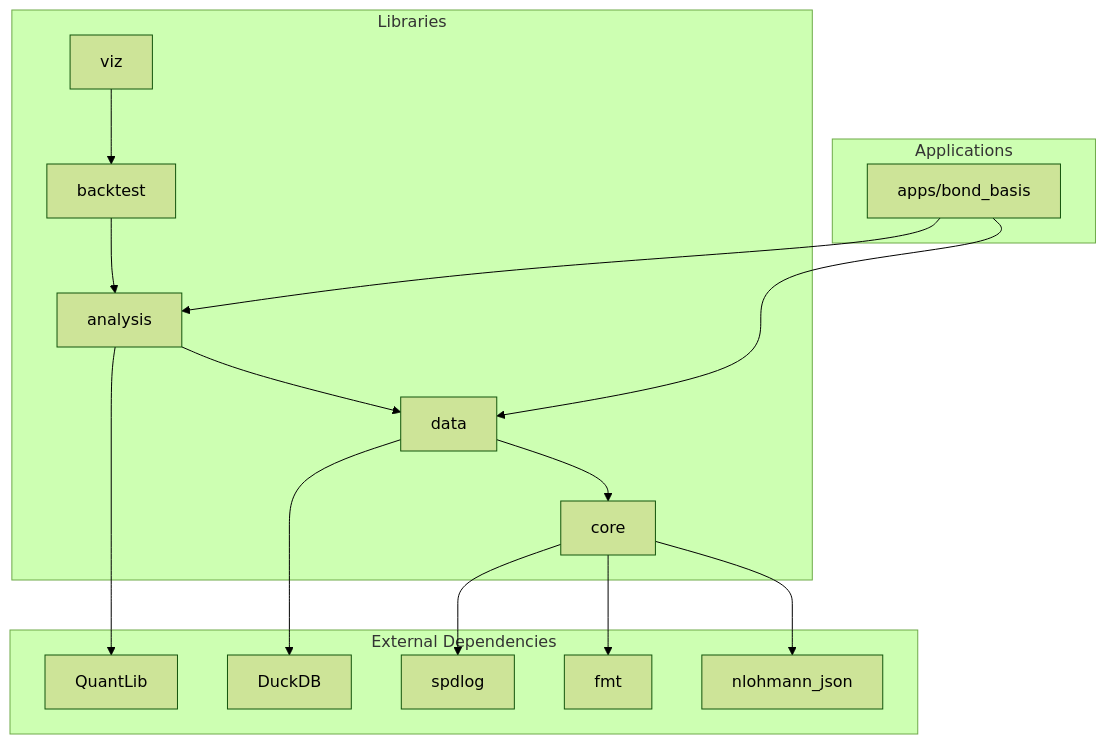
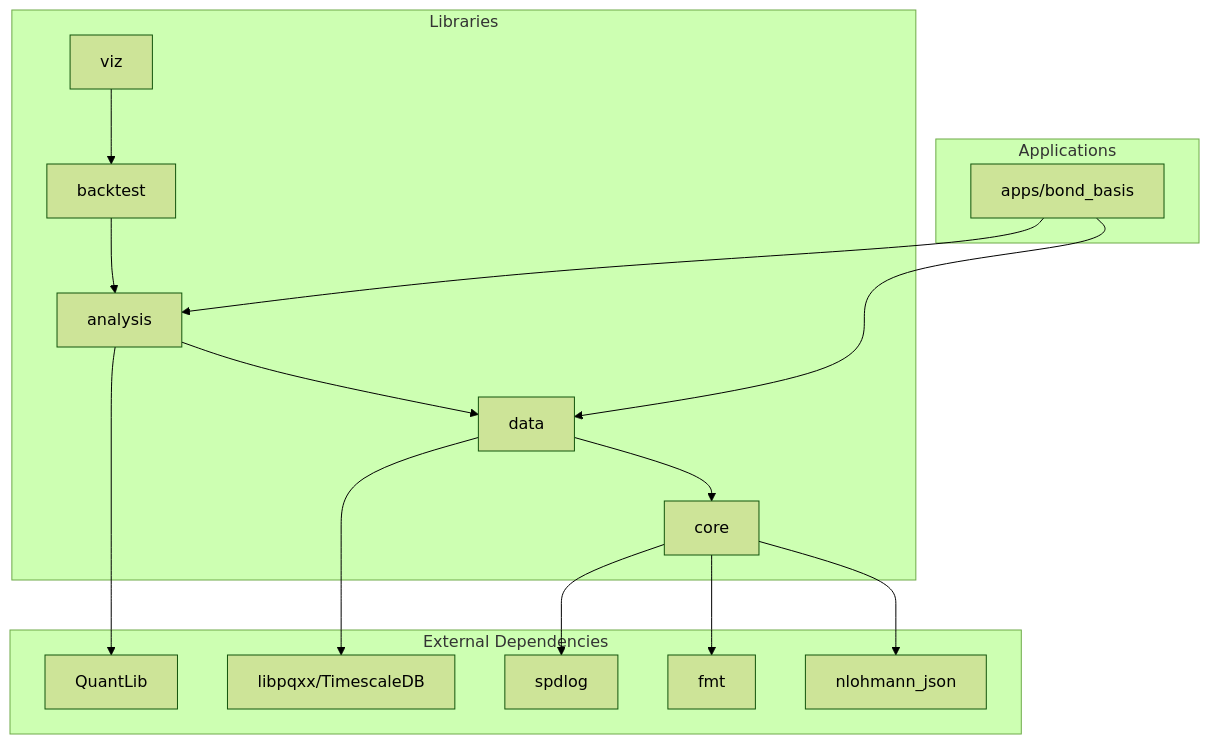
One commit to jlipworth/fin-kit changed the first of 4 diagrams in docs/diagrams/module-overview.md. Above: the diagram before and after it, drawn with Mermaid (forest theme). The commit also changed other lines of this file and 10 other files, not shown here.

Commit message:
docs: update all references from DuckDB to TimescaleDB/libpqxx

````diff
--- a/docs/diagrams/module-overview.md
+++ b/docs/diagrams/module-overview.md
@@ -5,36 +5,36 @@
 ```mermaid
 graph TD
     subgraph "Applications"
         A[apps/bond_basis]
     end
 
     subgraph "Libraries"
         V[viz]
         B[backtest]
         AN[analysis]
         D[data]
         C[core]
     end
 
     subgraph "External Dependencies"
         QL[QuantLib]
-        DDB[DuckDB]
+        PQ[libpqxx/TimescaleDB]
         SPD[spdlog]
         FMT[fmt]
         JSON[nlohmann_json]
     end
 
     A --> AN
     A --> D
 
     V --> B
     B --> AN
     AN --> D
     AN --> QL
     D --> C
-    D --> DDB
+    D --> PQ
 
     C --> SPD
     C --> FMT
     C --> JSON
 ```
````
